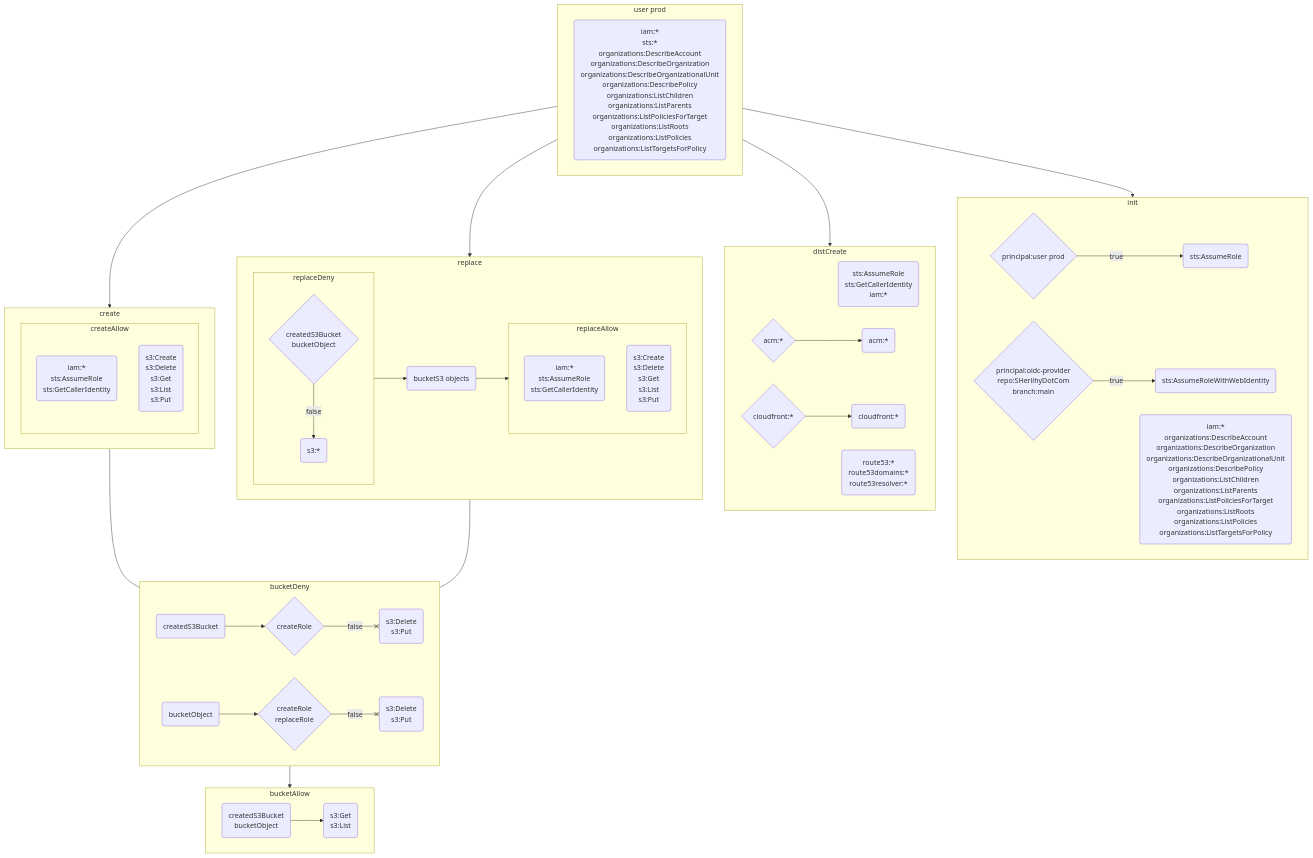
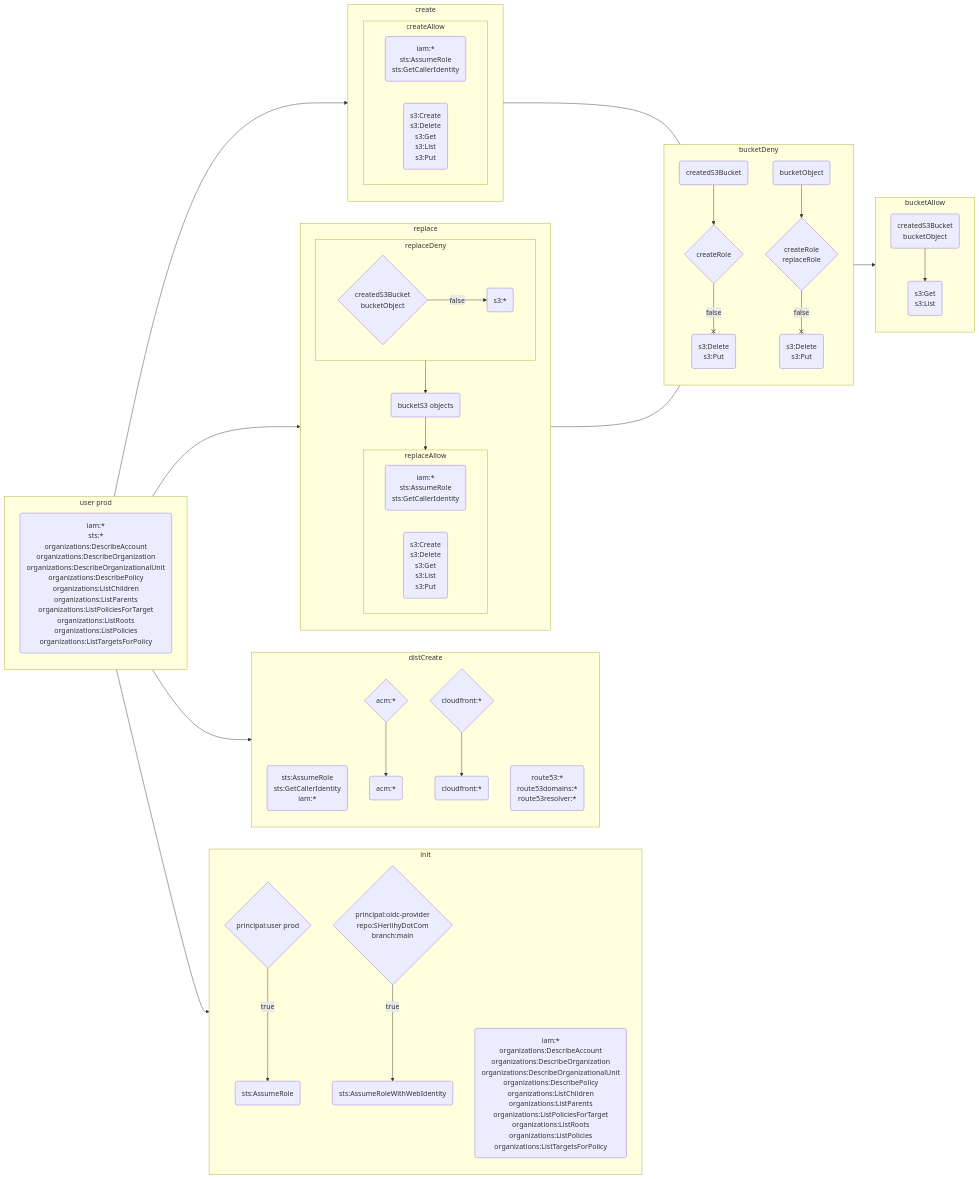
One commit to SHerlihy/sherlihy-dot-com changed the diagram in deployment/infrastructure_diagrams/iam_policies/description.md. Above: the diagram before and after it, drawn with Mermaid. The commit also changed 5 other files, not shown here.

Commit message:
add diagram md to readme md

````diff
--- a/deployment/infrastructure_diagrams/iam_policies/description.md
+++ b/deployment/infrastructure_diagrams/iam_policies/description.md
@@ -7,58 +7,6 @@
 ```mermaid
 
-    flowchart TD
-
-    
-subgraph bucketDeny
-bucketDenyCond{"`
-    createRole
-`"}
-
-bucketDenyRes --> bucketDenyCond
-bucketDenyCond -- false --x bucketDenyDeny
-
-bucketDenyDeny("`
-        s3:Delete
-        s3:Put
-`")
-
-bucketDenyRes("`
-    createdS3Bucket
-`")
-
-objDenyCond{"`
-    createRole
-    replaceRole
-`"}
-
-objDenyRes --> objDenyCond
-objDenyCond -- false --x objDenyDeny
-
-objDenyDeny("`
-        s3:Delete
-        s3:Put
-`")
-
-objDenyRes("`
-    bucketObject
-`")
-end
-
-bucketDeny --> bucketAllow
-
-subgraph bucketAllow
-bucketAllowRes("`
-    createdS3Bucket
-    bucketObject
-`")
-
-bucketAllowRes --> bucketAllowAllow
-
-bucketAllowAllow("`
-    s3:Get
-    s3:List
-`")
-end
+    flowchart LR
 
     
     subgraph init [init]
@@ -196,6 +144,58 @@
 replace --- bucketDeny
 
 
+    
+subgraph bucketDeny
+bucketDenyCond{"`
+    createRole
+`"}
+
+bucketDenyRes --> bucketDenyCond
+bucketDenyCond -- false --x bucketDenyDeny
+
+bucketDenyDeny("`
+        s3:Delete
+        s3:Put
+`")
+
+bucketDenyRes("`
+    createdS3Bucket
+`")
+
+objDenyCond{"`
+    createRole
+    replaceRole
+`"}
+
+objDenyRes --> objDenyCond
+objDenyCond -- false --x objDenyDeny
+
+objDenyDeny("`
+        s3:Delete
+        s3:Put
+`")
+
+objDenyRes("`
+    bucketObject
+`")
+end
+
+bucketDeny --> bucketAllow
+
+subgraph bucketAllow
+bucketAllowRes("`
+    createdS3Bucket
+    bucketObject
+`")
+
+bucketAllowRes --> bucketAllowAllow
+
+bucketAllowAllow("`
+    s3:Get
+    s3:List
+`")
+end
+
     subgraph prod [user prod]
     prodEnable("`
         iam:*
````
